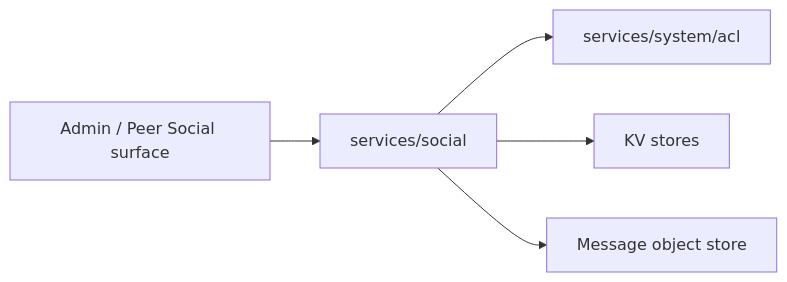
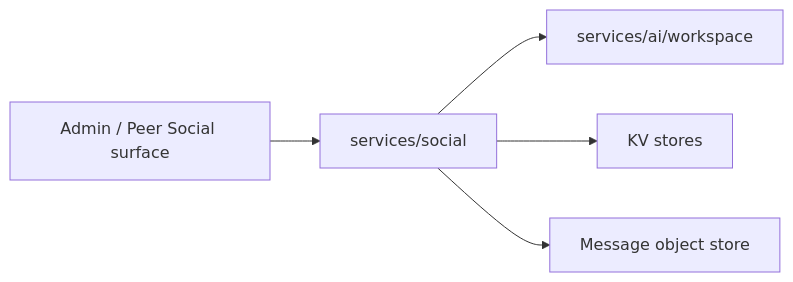
One commit to GizClaw/gizclaw changed the diagram in guides/en/developing/gizclaw/services/social.md. Above: the diagram before and after it, drawn with Mermaid. The commit also changed other lines of this file and 574 other files, not shown here.

````diff
--- a/guides/en/developing/gizclaw/services/social.md
+++ b/guides/en/developing/gizclaw/services/social.md
@@ -34,7 +34,7 @@
 ```mermaid
 flowchart LR
     Surface["Admin / Peer Social surface"] --> Social["services/social"]
-    Social --> ACL["services/system/acl"]
+    Social --> Workspace["services/ai/workspace"]
     Social --> KV["KV stores"]
     Social --> Assets["Message object store"]
 ```
````
